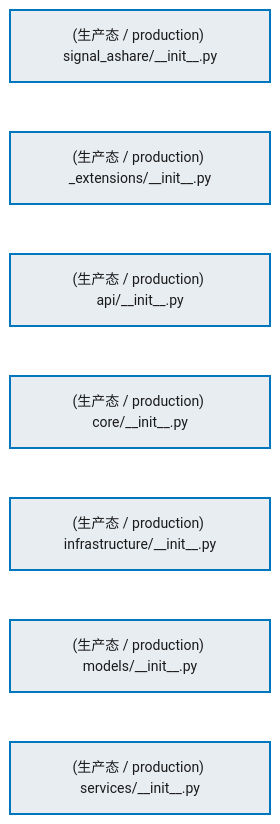
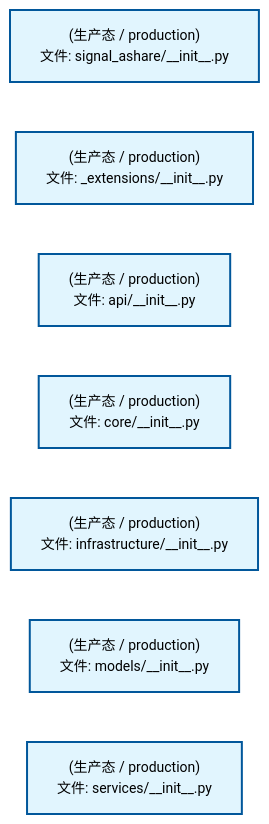
Before and after one commit to xuanFelixVan/ZephyrAlpha: the second of 3 diagrams in docs/02_enterprise_architecture/02_domain_architecture_docs/32_d_ashare_signal.md, drawn with Mermaid. The commit also changed other lines of this file and 75 other files, not shown here.

````diff
--- a/docs/02_enterprise_architecture/02_domain_architecture_docs/32_d_ashare_signal.md
+++ b/docs/02_enterprise_architecture/02_domain_architecture_docs/32_d_ashare_signal.md
@@ -96,22 +96,22 @@
 ```mermaid
 %%{init: {'theme': 'base', 'themeVariables': {'primaryColor': '#eaeaea', 'primaryTextColor': '#333333', 'primaryBorderColor': '#666666', 'lineColor': '#666666', 'secondaryColor': '#eaeaea', 'tertiaryColor': '#eaeaea', 'fontSize': '14px'}}}%%
 flowchart TD
-    src_zephyr_signal_ashare_init_py["(生产态 / production) signal_ashare/__init__.py"]
-    src_zephyr_signal_ashare_extensions_init_py["(生产态 / production) _extensions/__init__.py"]
-    src_zephyr_signal_ashare_api_init_py["(生产态 / production) api/__init__.py"]
-    src_zephyr_signal_ashare_core_init_py["(生产态 / production) core/__init__.py"]
-    src_zephyr_signal_ashare_infrastructure_init_py["(生产态 / production) infrastructure/__init__.py"]
-    src_zephyr_signal_ashare_models_init_py["(生产态 / production) models/__init__.py"]
-    src_zephyr_signal_ashare_services_init_py["(生产态 / production) services/__init__.py"]
+    src_zephyr_signal_ashare_init_py["(生产态 / production)<br/>文件: signal_ashare/__init__.py"]
+    src_zephyr_signal_ashare_extensions_init_py["(生产态 / production)<br/>文件: _extensions/__init__.py"]
+    src_zephyr_signal_ashare_api_init_py["(生产态 / production)<br/>文件: api/__init__.py"]
+    src_zephyr_signal_ashare_core_init_py["(生产态 / production)<br/>文件: core/__init__.py"]
+    src_zephyr_signal_ashare_infrastructure_init_py["(生产态 / production)<br/>文件: infrastructure/__init__.py"]
+    src_zephyr_signal_ashare_models_init_py["(生产态 / production)<br/>文件: models/__init__.py"]
+    src_zephyr_signal_ashare_services_init_py["(生产态 / production)<br/>文件: services/__init__.py"]
     src_zephyr_signal_ashare_init_py ~~~ src_zephyr_signal_ashare_extensions_init_py
     src_zephyr_signal_ashare_extensions_init_py ~~~ src_zephyr_signal_ashare_api_init_py
     src_zephyr_signal_ashare_api_init_py ~~~ src_zephyr_signal_ashare_core_init_py
     src_zephyr_signal_ashare_core_init_py ~~~ src_zephyr_signal_ashare_infrastructure_init_py
     src_zephyr_signal_ashare_infrastructure_init_py ~~~ src_zephyr_signal_ashare_models_init_py
     src_zephyr_signal_ashare_models_init_py ~~~ src_zephyr_signal_ashare_services_init_py
-    classDef production fill:#e8edf2,stroke:#0277bd,stroke-width:2px,color:#1a1a1a
-    classDef design fill:#f0ebe3,stroke:#bf360c,stroke-width:2px,color:#1a1a1a,stroke-dasharray: 5 5
-    classDef external_prod fill:#e8efe9,stroke:#1b5e20,stroke-width:1px,color:#1a1a1a
-    classDef external_design fill:#efe5ea,stroke:#880e4f,stroke-width:1px,color:#1a1a1a,stroke-dasharray: 5 5
+    classDef production fill:#e1f5fe,stroke:#01579b,stroke-width:2px,color:#000
+    classDef design fill:#fff3e0,stroke:#e65100,stroke-width:2px,color:#000,stroke-dasharray: 5 5
+    classDef external_prod fill:#e8f4fd,stroke:#0277bd,stroke-width:1px,color:#000
+    classDef external_design fill:#fff8e7,stroke:#ef6c00,stroke-width:1px,color:#000,stroke-dasharray: 5 5
     class src_zephyr_signal_ashare_init_py,src_zephyr_signal_ashare_extensions_init_py,src_zephyr_signal_ashare_api_init_py,src_zephyr_signal_ashare_core_init_py,src_zephyr_signal_ashare_infrastructure_init_py,src_zephyr_signal_ashare_models_init_py,src_zephyr_signal_ashare_services_init_py production
 ```
````
